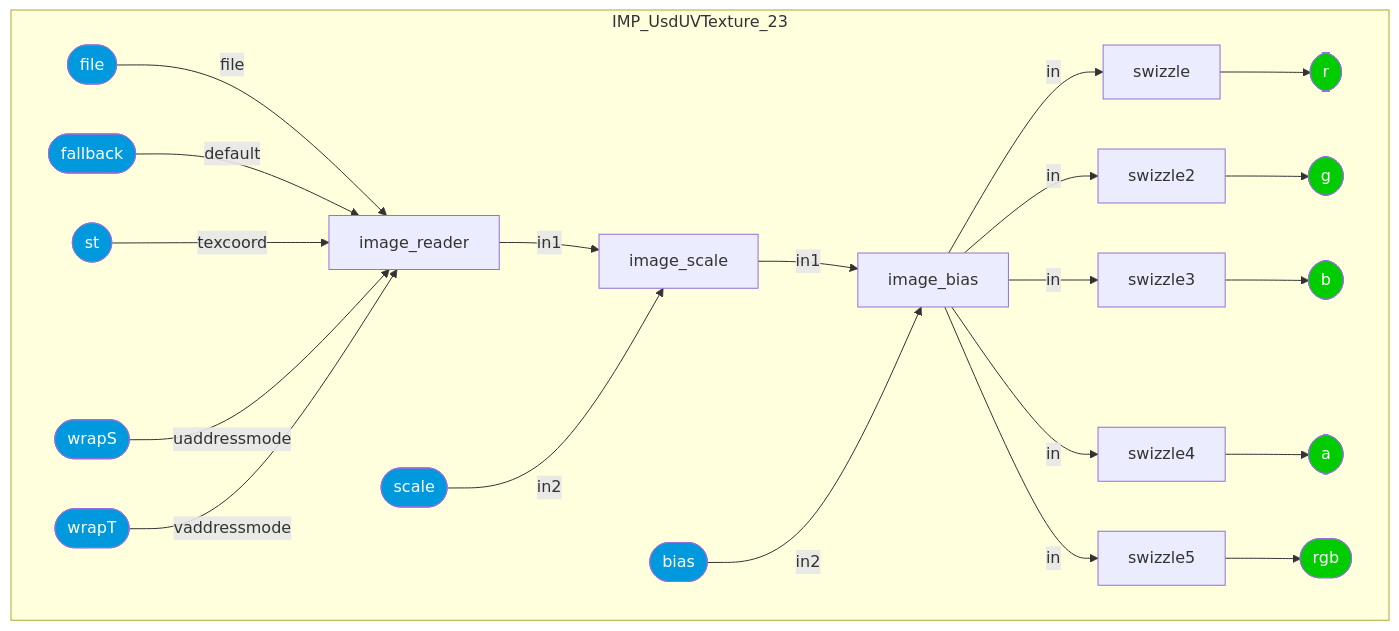
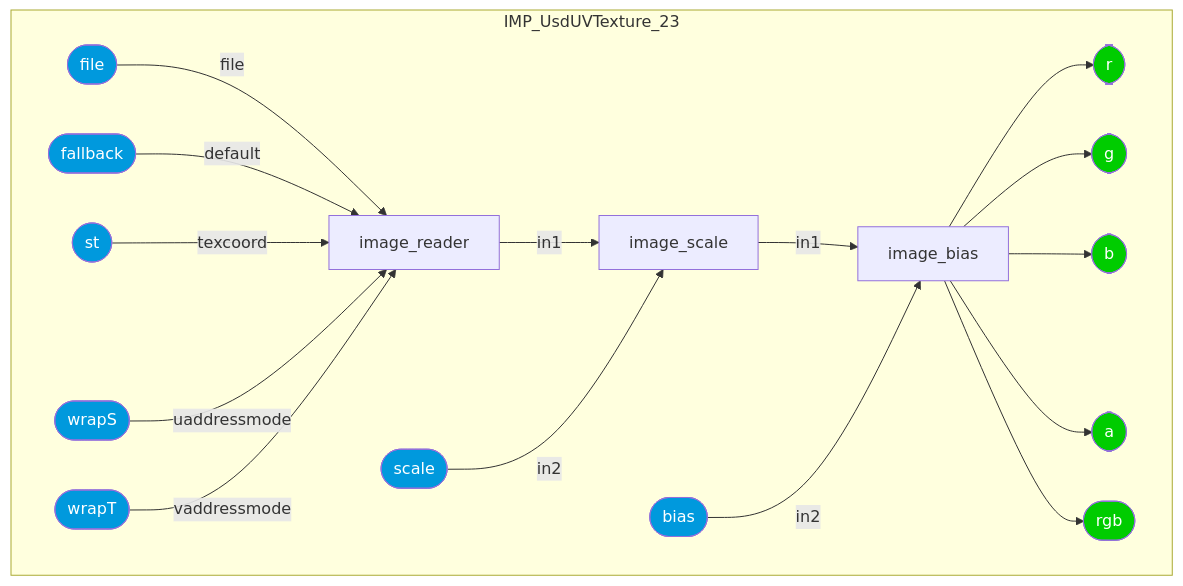
One commit to kwokcb/MaterialX_Learn changed diagram 14 of 36 in documents/definitions/bxdf_doc.md. Above: the diagram before and after it, drawn with Mermaid. The commit also changed other lines of this file and 1068 other files, not shown here.

````diff
--- a/documents/definitions/bxdf_doc.md
+++ b/documents/definitions/bxdf_doc.md
@@ -2220,56 +2204,46 @@
 ```mermaid
 graph TB
     subgraph IMP_UsdUVTexture_23
     IMP_UsdUVTexture_23_image_reader[image_reader]
     IMP_UsdUVTexture_23_image_scale[image_scale]
     IMP_UsdUVTexture_23_image_bias[image_bias]
-    IMP_UsdUVTexture_23_swizzle[swizzle]
     style IMP_UsdUVTexture_23_r  fill:#0C0, color:#FFF
     IMP_UsdUVTexture_23_r([r])
-    IMP_UsdUVTexture_23_swizzle2[swizzle2]
     style IMP_UsdUVTexture_23_g  fill:#0C0, color:#FFF
     IMP_UsdUVTexture_23_g([g])
-    IMP_UsdUVTexture_23_swizzle3[swizzle3]
     style IMP_UsdUVTexture_23_b  fill:#0C0, color:#FFF
     IMP_UsdUVTexture_23_b([b])
-    IMP_UsdUVTexture_23_swizzle4[swizzle4]
     style IMP_UsdUVTexture_23_a  fill:#0C0, color:#FFF
     IMP_UsdUVTexture_23_a([a])
-    IMP_UsdUVTexture_23_swizzle5[swizzle5]
     style IMP_UsdUVTexture_23_rgb  fill:#0C0, color:#FFF
     IMP_UsdUVTexture_23_rgb([rgb])
     style IMP_UsdUVTexture_23_file  fill:#09D, color:#FFF
     IMP_UsdUVTexture_23_file([file])
     style IMP_UsdUVTexture_23_fallback  fill:#09D, color:#FFF
     IMP_UsdUVTexture_23_fallback([fallback])
     style IMP_UsdUVTexture_23_st  fill:#09D, color:#FFF
     IMP_UsdUVTexture_23_st([st])
     style IMP_UsdUVTexture_23_wrapS  fill:#09D, color:#FFF
     IMP_UsdUVTexture_23_wrapS([wrapS])
     style IMP_UsdUVTexture_23_wrapT  fill:#09D, color:#FFF
     IMP_UsdUVTexture_23_wrapT([wrapT])
     style IMP_UsdUVTexture_23_scale  fill:#09D, color:#FFF
     IMP_UsdUVTexture_23_scale([scale])
     style IMP_UsdUVTexture_23_bias  fill:#09D, color:#FFF
     IMP_UsdUVTexture_23_bias([bias])
     end
     IMP_UsdUVTexture_23_file --"file"--> IMP_UsdUVTexture_23_image_reader
     IMP_UsdUVTexture_23_fallback --"default"--> IMP_UsdUVTexture_23_image_reader
     IMP_UsdUVTexture_23_st --"texcoord"--> IMP_UsdUVTexture_23_image_reader
     IMP_UsdUVTexture_23_wrapS --"uaddressmode"--> IMP_UsdUVTexture_23_image_reader
     IMP_UsdUVTexture_23_wrapT --"vaddressmode"--> IMP_UsdUVTexture_23_image_reader
     IMP_UsdUVTexture_23_image_reader --"in1"--> IMP_UsdUVTexture_23_image_scale
     IMP_UsdUVTexture_23_scale --"in2"--> IMP_UsdUVTexture_23_image_scale
     IMP_UsdUVTexture_23_image_scale --"in1"--> IMP_UsdUVTexture_23_image_bias
     IMP_UsdUVTexture_23_bias --"in2"--> IMP_UsdUVTexture_23_image_bias
-    IMP_UsdUVTexture_23_image_bias --"in"--> IMP_UsdUVTexture_23_swizzle
-    IMP_UsdUVTexture_23_swizzle --> IMP_UsdUVTexture_23_r
-    IMP_UsdUVTexture_23_image_bias --"in"--> IMP_UsdUVTexture_23_swizzle2
-    IMP_UsdUVTexture_23_swizzle2 --> IMP_UsdUVTexture_23_g
-    IMP_UsdUVTexture_23_image_bias --"in"--> IMP_UsdUVTexture_23_swizzle3
-    IMP_UsdUVTexture_23_swizzle3 --> IMP_UsdUVTexture_23_b
-    IMP_UsdUVTexture_23_image_bias --"in"--> IMP_UsdUVTexture_23_swizzle4
-    IMP_UsdUVTexture_23_swizzle4 --> IMP_UsdUVTexture_23_a
-    IMP_UsdUVTexture_23_image_bias --"in"--> IMP_UsdUVTexture_23_swizzle5
-    IMP_UsdUVTexture_23_swizzle5 --> IMP_UsdUVTexture_23_rgb
+    IMP_UsdUVTexture_23_image_bias --> IMP_UsdUVTexture_23_r
+    IMP_UsdUVTexture_23_image_bias --> IMP_UsdUVTexture_23_g
+    IMP_UsdUVTexture_23_image_bias --> IMP_UsdUVTexture_23_b
+    IMP_UsdUVTexture_23_image_bias --> IMP_UsdUVTexture_23_a
+    IMP_UsdUVTexture_23_image_bias --> IMP_UsdUVTexture_23_rgb
 ```
````
